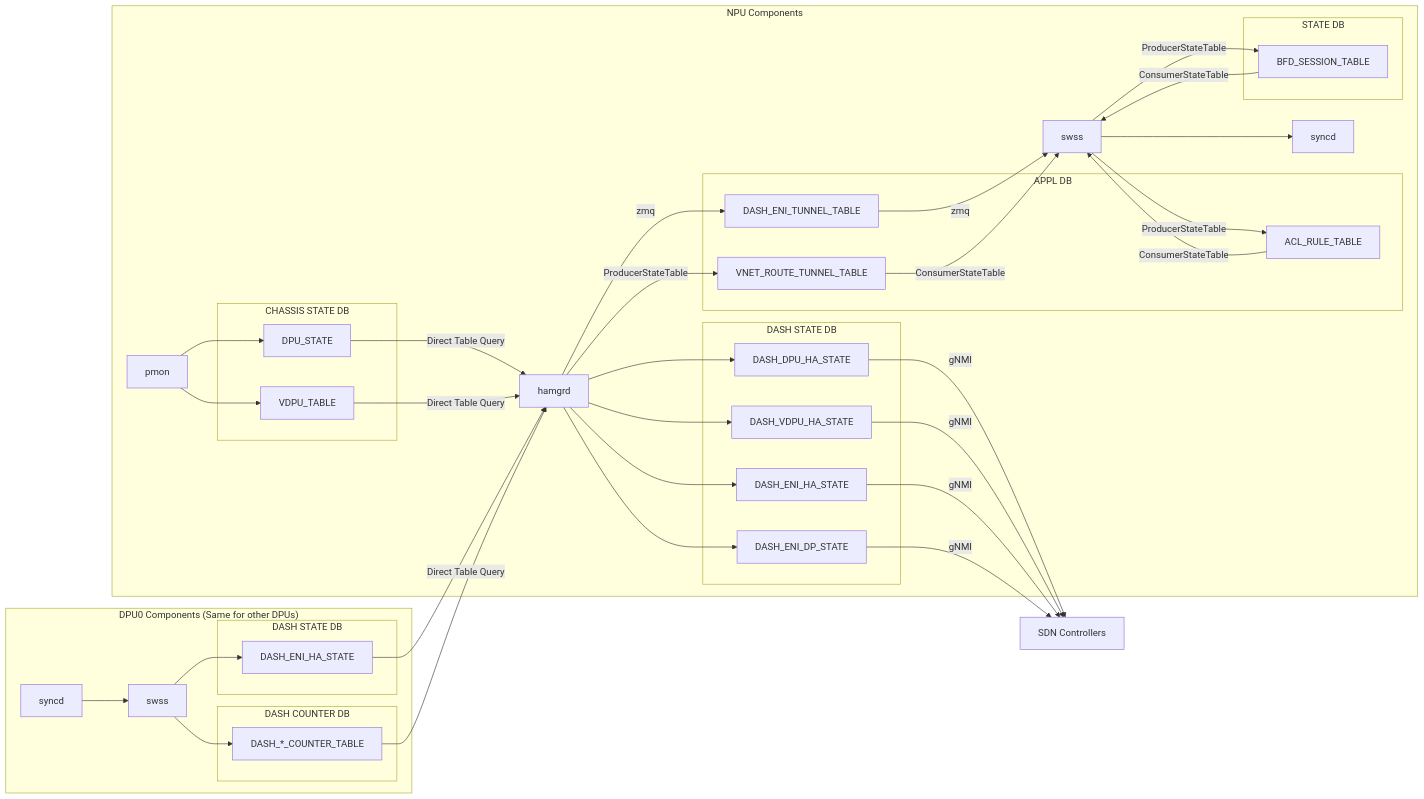
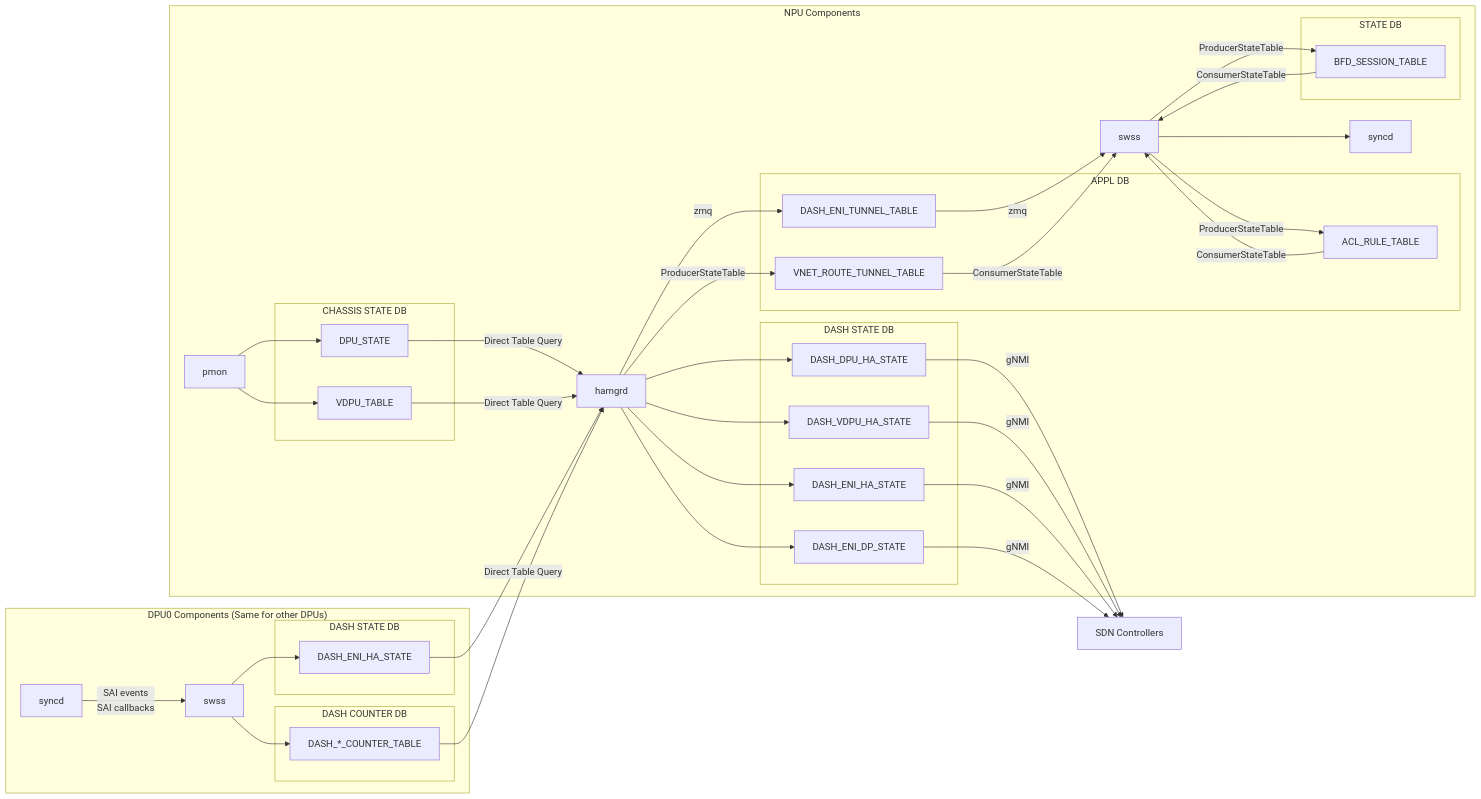
One commit to sonic-net/SONiC changed the second of 2 diagrams in doc/smart-switch/high-availability/smart-switch-ha-detailed-design.md. Above: the diagram before and after it, drawn with Mermaid. The commit also changed other lines of this file, not shown here.

```diff
--- a/doc/smart-switch/high-availability/smart-switch-ha-detailed-design.md
+++ b/doc/smart-switch/high-availability/smart-switch-ha-detailed-design.md
@@ -253,7 +257,7 @@
    %% hamgrd --> DPU tables:
 
    %% DPU tables --> DPU SWSS:
-   DPU_SYNCD --> DPU_SWSS 
+   DPU_SYNCD --> |SAI events<br/>SAI callbacks| DPU_SWSS 
 
    %% DPU swss --> DPU tables:
    DPU_SWSS --> DPU_DASH_ENI_HA_STATE
```
